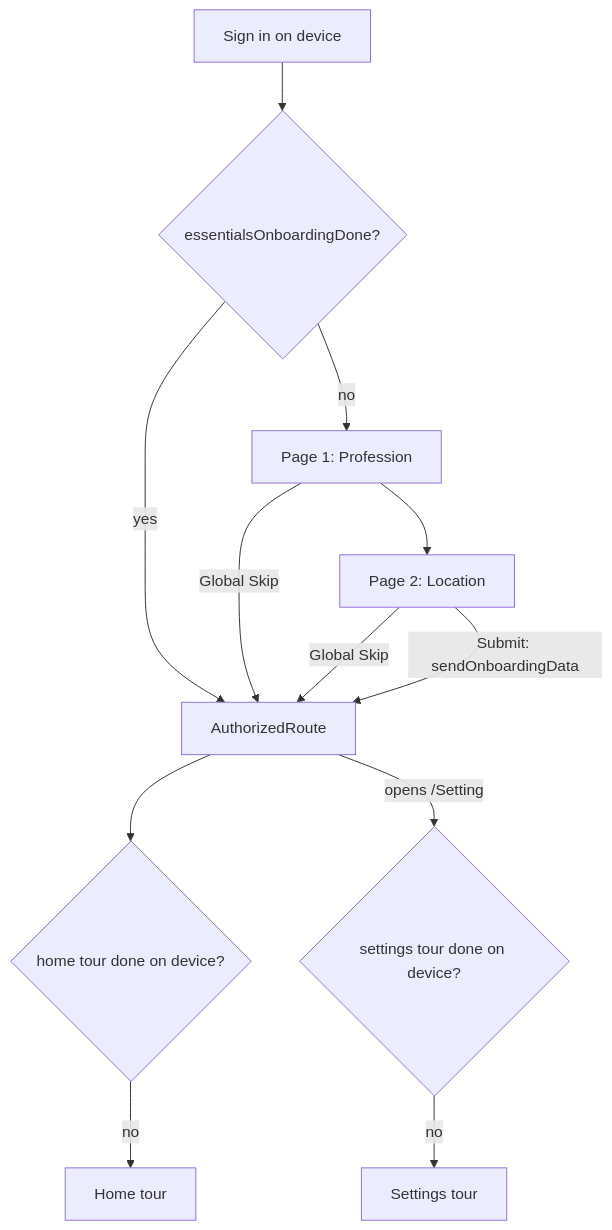
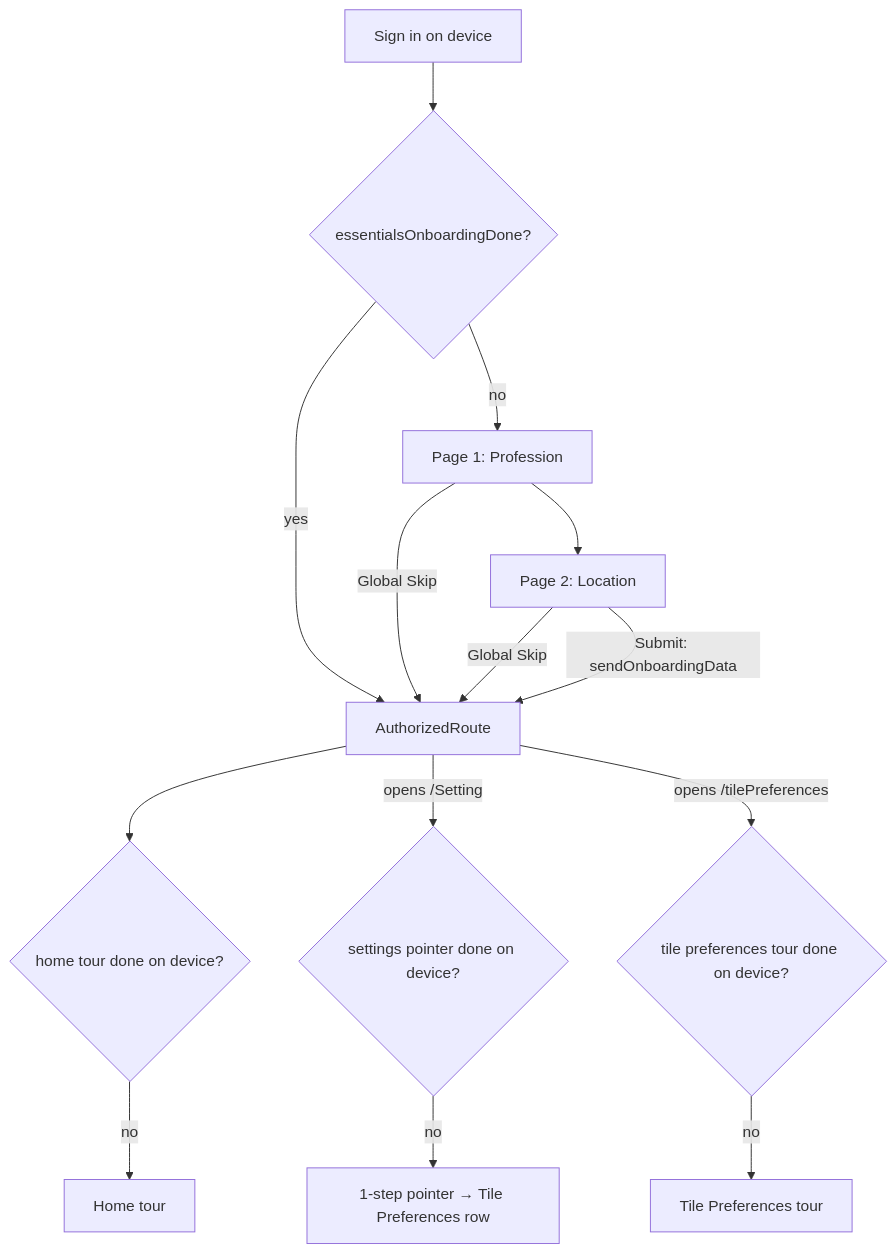
Before and after one commit to jerbio/tilerMobileApp: the diagram in product-tour-onboarding-redesign.md, drawn with Mermaid. The commit also changed other lines of this file and 3 other files, not shown here.

First line of the commit message:
Stage 0: re-sync redesign doc; retarget product tour to Tile Preferences

````diff
--- a/product-tour-onboarding-redesign.md
+++ b/product-tour-onboarding-redesign.md
@@ -65,13 +68,15 @@
 ```mermaid
 flowchart TD
     A[Sign in on device] --> B{essentialsOnboardingDone?}
     B -->|yes| E[AuthorizedRoute]
     B -->|no| C[Page 1: Profession]
     C --> D[Page 2: Location]
     C & D -->|Global Skip| E
     D -->|Submit: sendOnboardingData| E
     E --> F{home tour done on device?}
     F -->|no| G[Home tour]
-    E -->|opens /Setting| H{settings tour done on device?}
-    H -->|no| I[Settings tour]
+    E -->|opens /Setting| H{settings pointer done on device?}
+    H -->|no| I[1-step pointer → Tile Preferences row]
+    E -->|opens /tilePreferences| J{tile preferences tour done on device?}
+    J -->|no| K[Tile Preferences tour]
 ```
````
